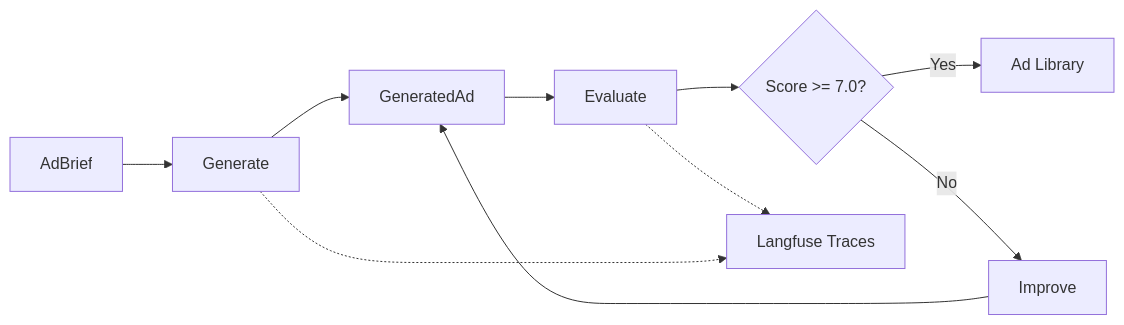
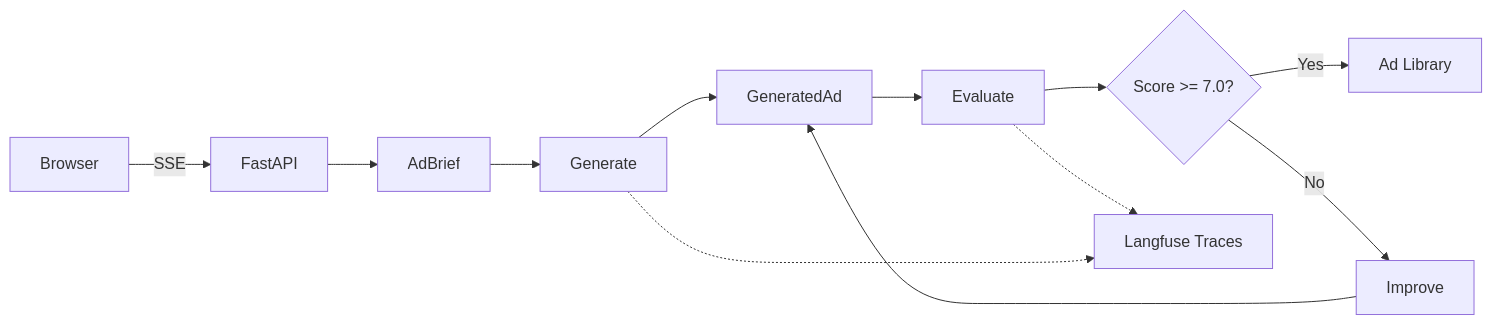
The diagram in README.md (weeb3dev/ad-engine), drawn with Mermaid before and after one commit. The commit also changed other lines of this file and 2 other files, not shown here.

First line of the commit message:
Update docs for FastAPI web app, SSE streaming, and Railway deployment

````diff
--- a/README.md
+++ b/README.md
@@ -17,12 +22,14 @@
 ```mermaid
 flowchart LR
-    Brief[AdBrief] --> Gen[Generate]
+    Browser[Browser] -->|SSE| Server[FastAPI]
+    Server --> Brief[AdBrief]
+    Brief --> Gen[Generate]
     Gen --> Ad[GeneratedAd]
     Ad --> Eval[Evaluate]
-    Eval --> Score{Score >= 7.0?}
+    Eval --> Score{"Score >= 7.0?"}
     Score -->|Yes| Library[Ad Library]
     Score -->|No| Improve[Improve]
     Improve --> Ad
     Eval -.-> Langfuse[Langfuse Traces]
     Gen -.-> Langfuse
 ```
````
